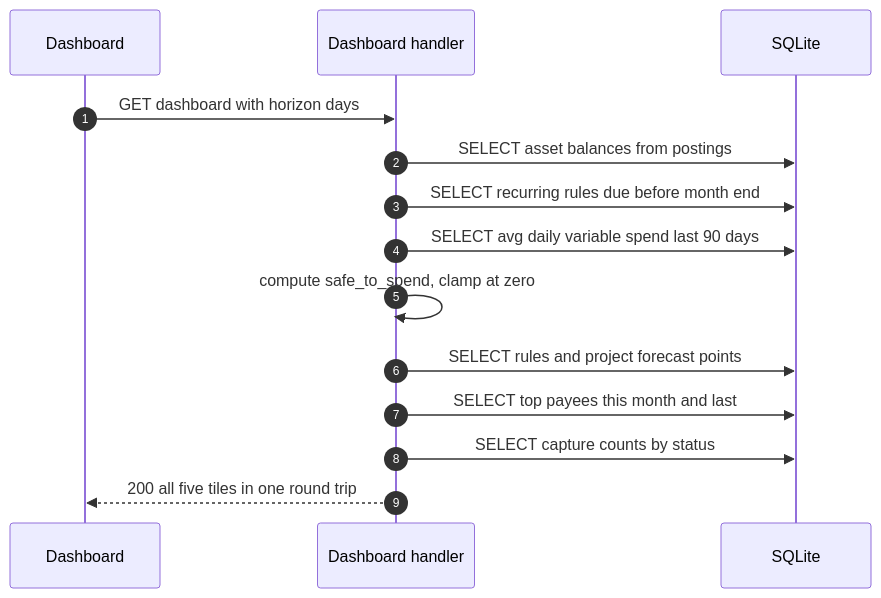
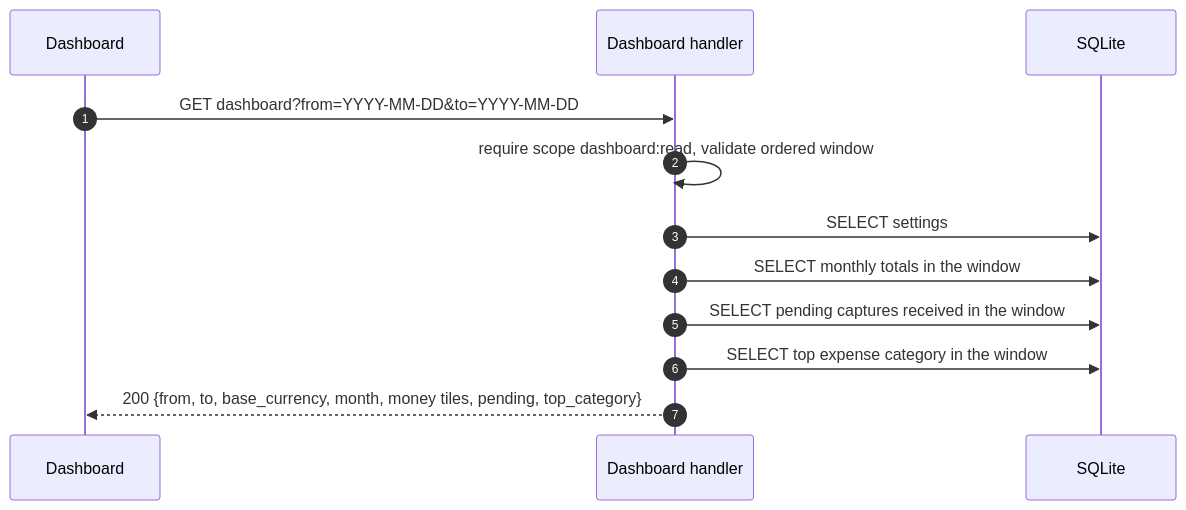
Diagram 17 of 20 in docs/v2-api.md (dimasbaguspm/spenicle), drawn with Mermaid before and after one commit. The commit also changed other lines of this file and 13 other files, not shown here.

Commit message:
fix: give dashboard tiles one explicit window

````diff
--- a/docs/v2-api.md
+++ b/docs/v2-api.md
@@ -1069,16 +1069,14 @@
 ```mermaid
 sequenceDiagram
     autonumber
     participant UI as Dashboard
     participant API as Dashboard handler
     participant DB as SQLite
-    UI->>API: GET dashboard with horizon days
-    API->>DB: SELECT asset balances from postings
-    API->>DB: SELECT recurring rules due before month end
-    API->>DB: SELECT avg daily variable spend last 90 days
-    API->>API: compute safe_to_spend, clamp at zero
-    API->>DB: SELECT rules and project forecast points
-    API->>DB: SELECT top payees this month and last
-    API->>DB: SELECT capture counts by status
-    API-->>UI: 200 all five tiles in one round trip
+    UI->>API: GET dashboard?from=YYYY-MM-DD&to=YYYY-MM-DD
+    API->>API: require scope dashboard:read, validate ordered window
+    API->>DB: SELECT settings
+    API->>DB: SELECT monthly totals in the window
+    API->>DB: SELECT pending captures received in the window
+    API->>DB: SELECT top expense category in the window
+    API-->>UI: 200 {from, to, base_currency, month, money tiles, pending, top_category}
 ```
````
